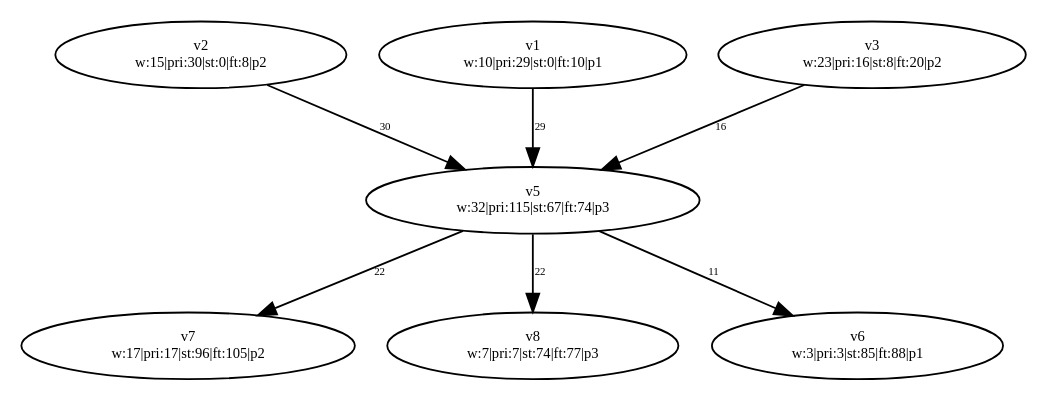
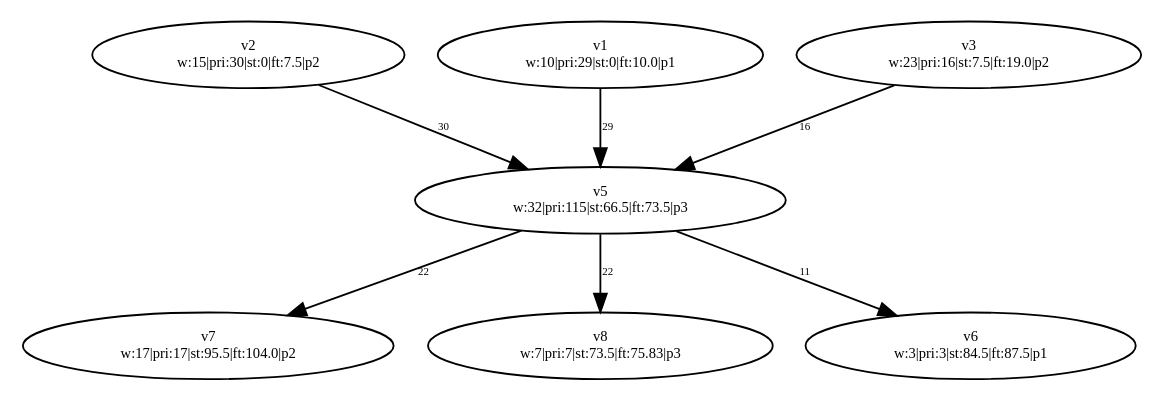
Before and after one commit to dexters1/Task-Scheduling-Based-on-Genetic-Algorithms: the diagram in PythonApplication1/PythonApplication1/test-output/slika_3_Simplified.gv, drawn with Graphviz. The commit also changed 112 other files, not shown here.

```diff
--- a/PythonApplication1/PythonApplication1/test-output/slika_3_Simplified.gv
+++ b/PythonApplication1/PythonApplication1/test-output/slika_3_Simplified.gv
@@ -1,22 +1,22 @@
 digraph {
 	v2 [label="v2
-w:15|pri:30|st:0|ft:8|p2" fontsize=8.0]
+w:15|pri:30|st:0|ft:7.5|p2" fontsize=8.0]
 	v1 [label="v1
-w:10|pri:29|st:0|ft:10|p1" fontsize=8.0]
+w:10|pri:29|st:0|ft:10.0|p1" fontsize=8.0]
 	v3 [label="v3
-w:23|pri:16|st:8|ft:20|p2" fontsize=8.0]
+w:23|pri:16|st:7.5|ft:19.0|p2" fontsize=8.0]
 	v5 [label="v5
-w:32|pri:115|st:67|ft:74|p3" fontsize=8.0]
+w:32|pri:115|st:66.5|ft:73.5|p3" fontsize=8.0]
 	v7 [label="v7
-w:17|pri:17|st:96|ft:105|p2" fontsize=8.0]
+w:17|pri:17|st:95.5|ft:104.0|p2" fontsize=8.0]
 	v8 [label="v8
-w:7|pri:7|st:74|ft:77|p3" fontsize=8.0]
+w:7|pri:7|st:73.5|ft:75.83|p3" fontsize=8.0]
 	v6 [label="v6
-w:3|pri:3|st:85|ft:88|p1" fontsize=8.0]
+w:3|pri:3|st:84.5|ft:87.5|p1" fontsize=8.0]
 	v5 -> v6 [label=11 constraint=true fontsize=6.0]
 	v5 -> v7 [label=22 constraint=true fontsize=6.0]
 	v5 -> v8 [label=22 constraint=true fontsize=6.0]
 	v1 -> v5 [label=29 constraint=true fontsize=6.0]
 	v2 -> v5 [label=30 constraint=true fontsize=6.0]
 	v3 -> v5 [label=16 constraint=true fontsize=6.0]
 }
```
